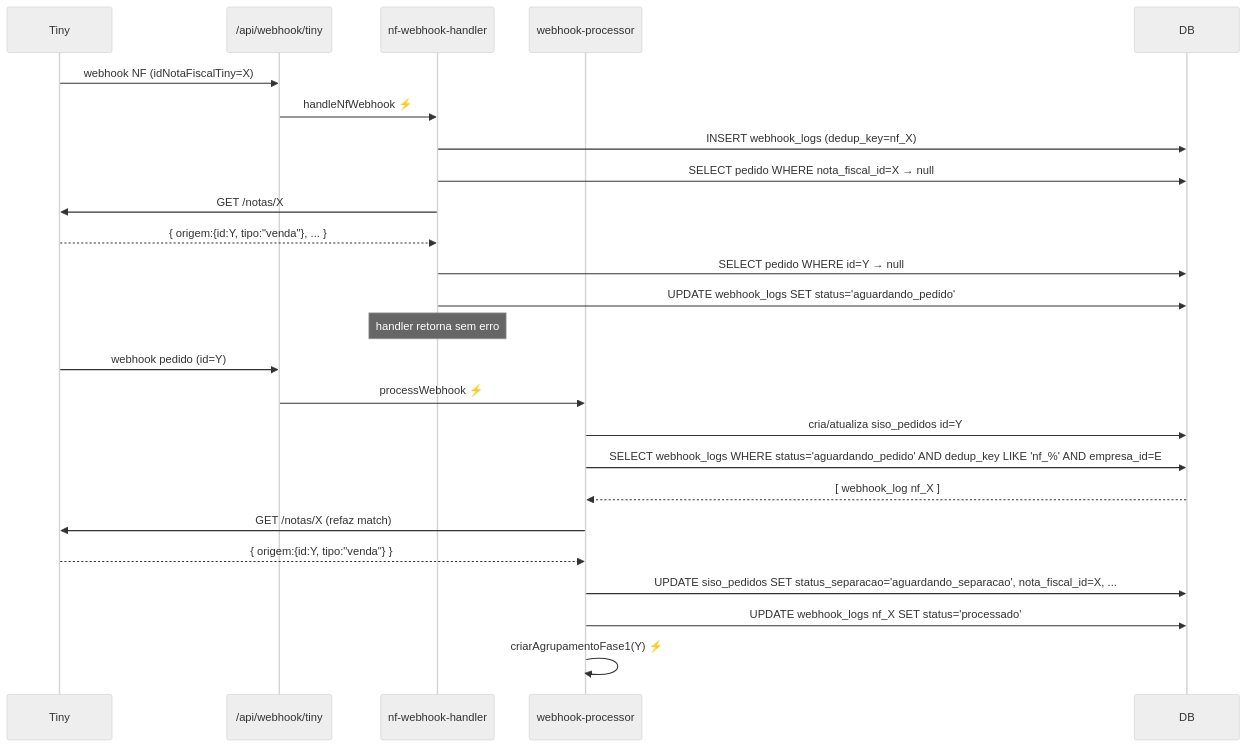
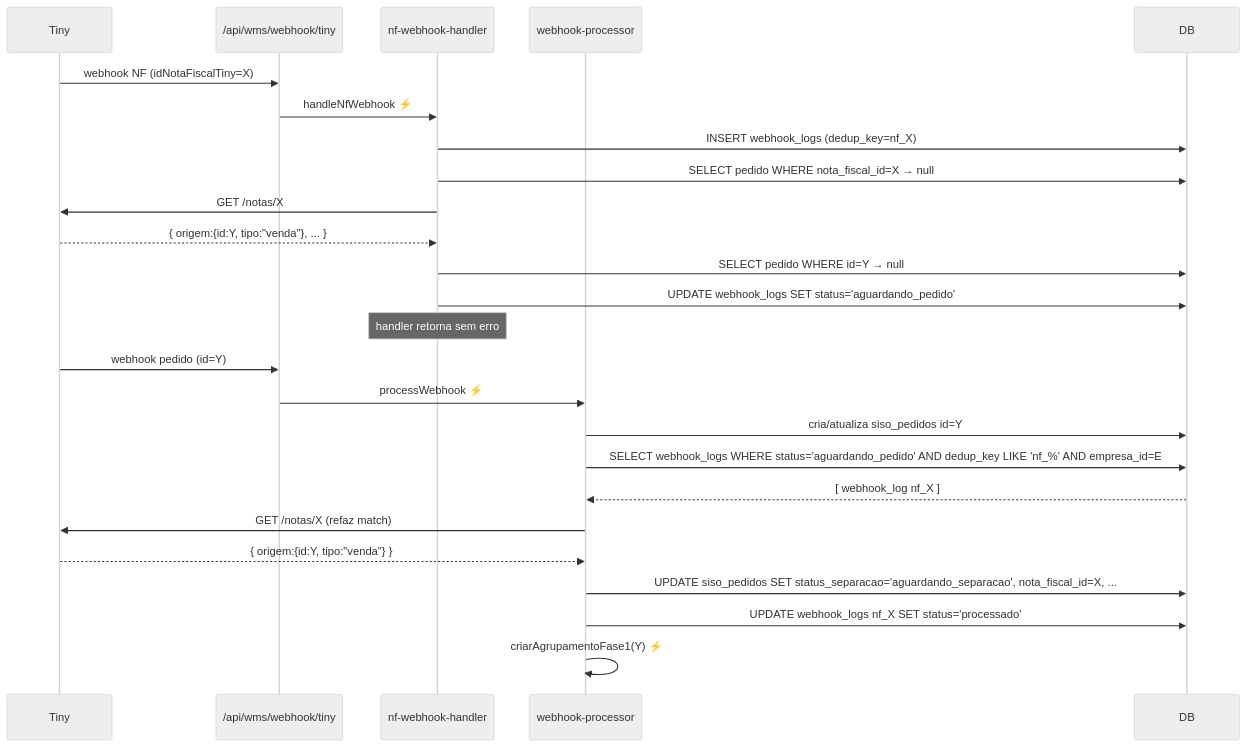
Before and after one commit to Eryk-dev/estoquelever: the fifth of 5 diagrams in docs/fluxos/02-webhook-nota-fiscal.md, drawn with Mermaid (neutral theme). The commit also changed other lines of this file and 20 other files, not shown here.

````diff
--- a/docs/fluxos/02-webhook-nota-fiscal.md
+++ b/docs/fluxos/02-webhook-nota-fiscal.md
@@ -544,29 +544,29 @@
 ```mermaid
 sequenceDiagram
     participant T as Tiny
-    participant API as /api/webhook/tiny
+    participant API as /api/wms/webhook/tiny
     participant NFH as nf-webhook-handler
     participant PWP as webhook-processor
     participant DB
 
     T->>API: webhook NF (idNotaFiscalTiny=X)
     API->>NFH: handleNfWebhook ⚡
     NFH->>DB: INSERT webhook_logs (dedup_key=nf_X)
     NFH->>DB: SELECT pedido WHERE nota_fiscal_id=X → null
     NFH->>T: GET /notas/X
     T-->>NFH: { origem:{id:Y, tipo:"venda"}, ... }
     NFH->>DB: SELECT pedido WHERE id=Y → null
     NFH->>DB: UPDATE webhook_logs SET status='aguardando_pedido'
     Note over NFH: handler retorna sem erro
 
     T->>API: webhook pedido (id=Y)
     API->>PWP: processWebhook ⚡
     PWP->>DB: cria/atualiza siso_pedidos id=Y
     PWP->>DB: SELECT webhook_logs WHERE status='aguardando_pedido' AND dedup_key LIKE 'nf_%' AND empresa_id=E
     DB-->>PWP: [ webhook_log nf_X ]
     PWP->>T: GET /notas/X (refaz match)
     T-->>PWP: { origem:{id:Y, tipo:"venda"} }
     PWP->>DB: UPDATE siso_pedidos SET status_separacao='aguardando_separacao', nota_fiscal_id=X, ...
     PWP->>DB: UPDATE webhook_logs nf_X SET status='processado'
     PWP->>PWP: criarAgrupamentoFase1(Y) ⚡
 ```
````
